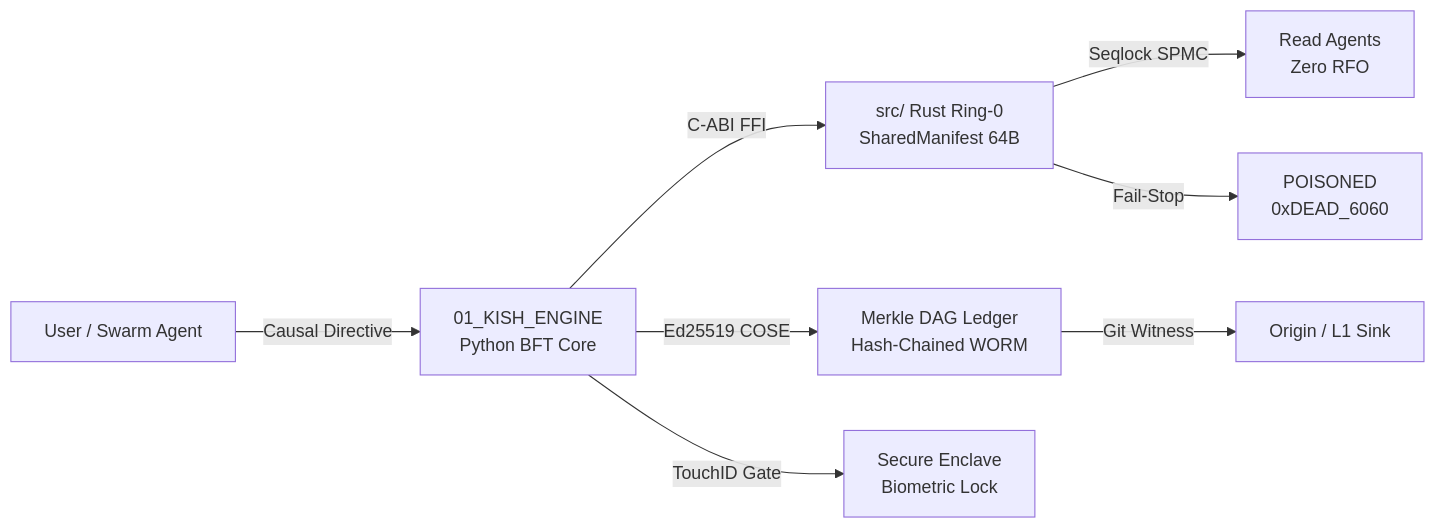
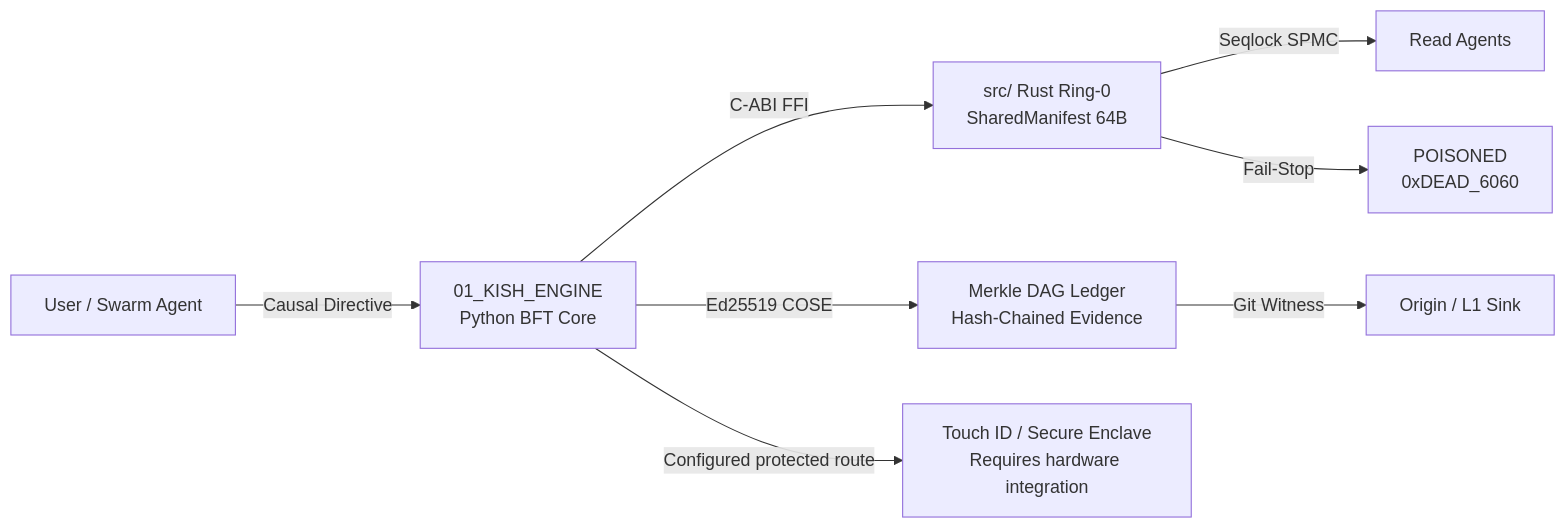
The diagram in docs/README.md (borjamoskv/BABYLON-60), drawn with Mermaid before and after one commit. The commit also changed other lines of this file and 73 other files, not shown here.

````diff
--- a/docs/README.md
+++ b/docs/README.md
@@ -80,10 +87,10 @@
 ```mermaid
 graph LR
     A[User / Swarm Agent] -->|Causal Directive| B[01_KISH_ENGINE<br/>Python BFT Core]
     B -->|C-ABI FFI| C[src/ Rust Ring-0<br/>SharedManifest 64B]
-    C -->|Seqlock SPMC| D[Read Agents<br/>Zero RFO]
+    C -->|Seqlock SPMC| D[Read Agents]
     C -->|Fail-Stop| E[POISONED<br/>0xDEAD_6060]
-    B -->|Ed25519 COSE| F[Merkle DAG Ledger<br/>Hash-Chained WORM]
+    B -->|Ed25519 COSE| F[Merkle DAG Ledger<br/>Hash-Chained Evidence]
     F -->|Git Witness| G[Origin / L1 Sink]
-    B -->|TouchID Gate| H[Secure Enclave<br/>Biometric Lock]
+    B -->|Configured protected route| H[Touch ID / Secure Enclave<br/>Requires hardware integration]
 ```
````
